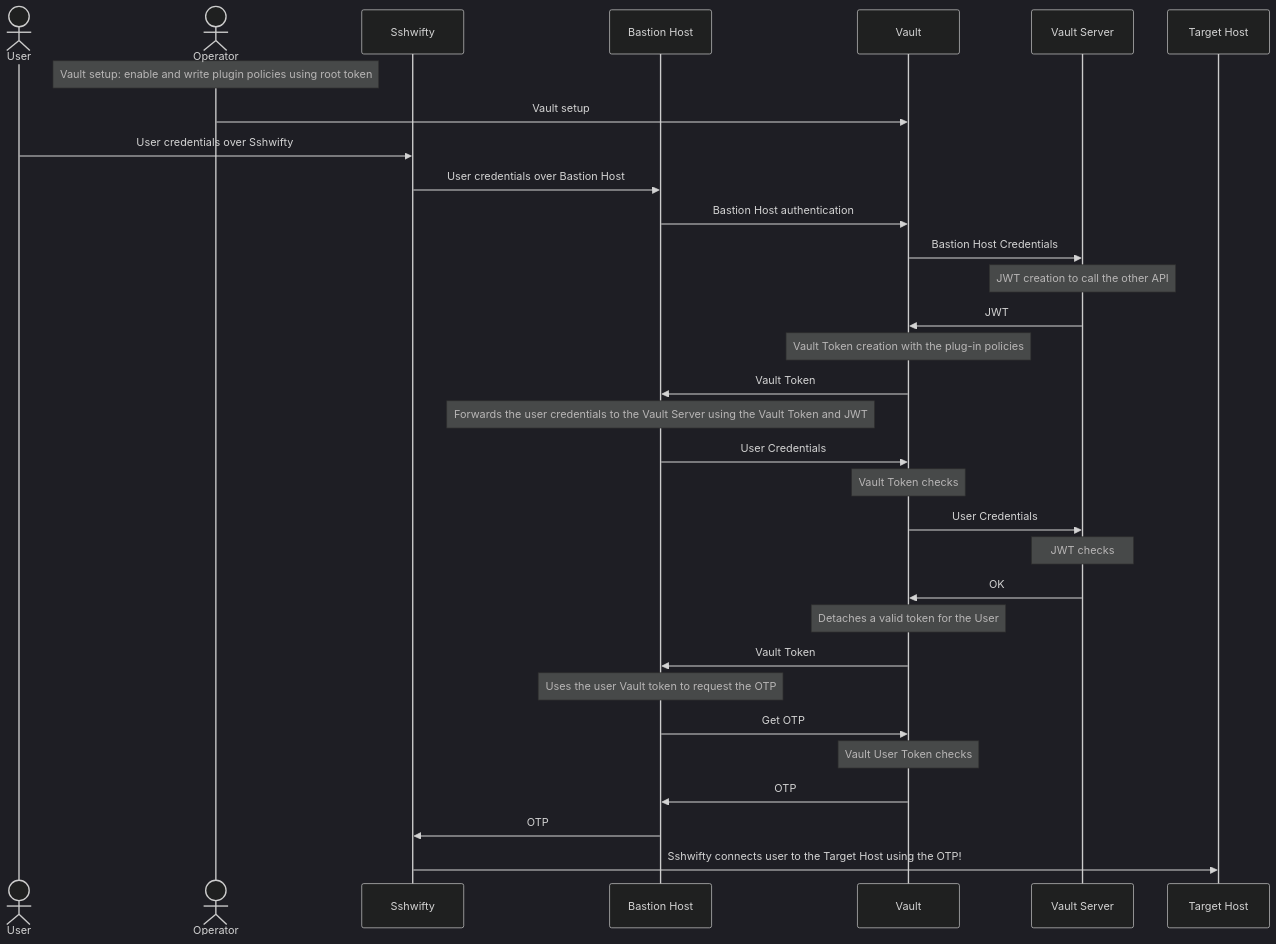
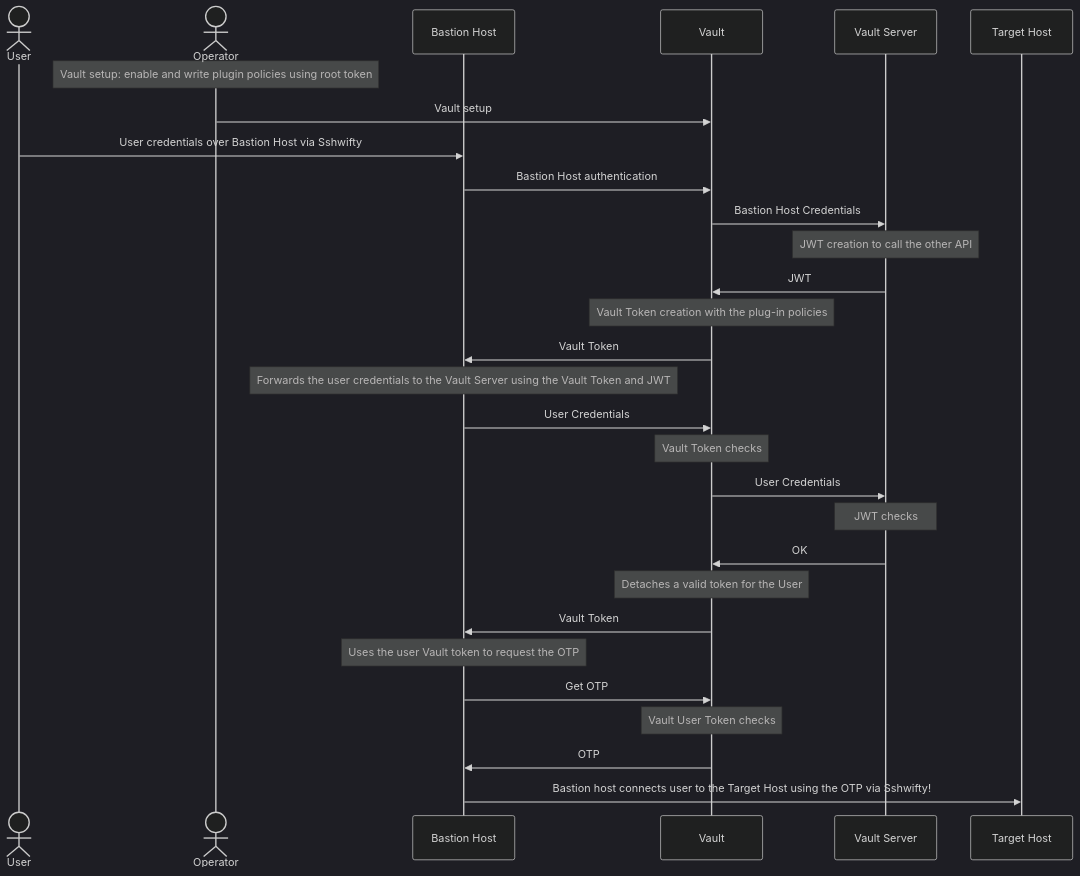
Before and after one commit to fedehsq/vault-auth-plugin: the diagram in README.md, drawn with Mermaid (dark theme). The commit also changed other lines of this file and 1 other file, not shown here.

````diff
--- a/README.md
+++ b/README.md
@@ -13,35 +13,32 @@
 ```mermaid
 sequenceDiagram
     actor User
     actor Operator
-    participant Sshwifty
     participant Bastion Host
     participant Vault
     participant Vault Server
     participant Target Host
     note over Operator: Vault setup: enable and write plugin policies using root token
     Operator->>Vault: Vault setup
-    User->>Sshwifty: User credentials over Sshwifty
-    Sshwifty->>Bastion Host: User credentials over Bastion Host
+    User->>Bastion Host: User credentials over Bastion Host via Sshwifty
     Bastion Host->>Vault: Bastion Host authentication
     Vault->>Vault Server: Bastion Host Credentials
     Note over Vault Server: JWT creation to call the other API
     Vault Server->>Vault: JWT 
     note over Vault: Vault Token creation with the plug-in policies
     Vault->>Bastion Host: Vault Token 
     note over Bastion Host: Forwards the user credentials to the Vault Server using the Vault Token and JWT
     Bastion Host->>Vault: User Credentials
     note over Vault:Vault Token checks
     Vault->>Vault Server: User Credentials
     note over Vault Server: JWT checks
     Vault Server->>Vault: OK
     note over Vault: Detaches a valid token for the User
     Vault->>Bastion Host: Vault Token
     note over Bastion Host: Uses the user Vault token to request the OTP
     Bastion Host->>Vault: Get OTP
     note over Vault:Vault User Token checks
     Vault->>Bastion Host: OTP
-    Bastion Host->>Sshwifty: OTP
-    Sshwifty->>Target Host: Sshwifty connects user to the Target Host using the OTP!
+    Bastion Host->>Target Host: Bastion host connects user to the Target Host using the OTP via Sshwifty!
 
 ```
````
